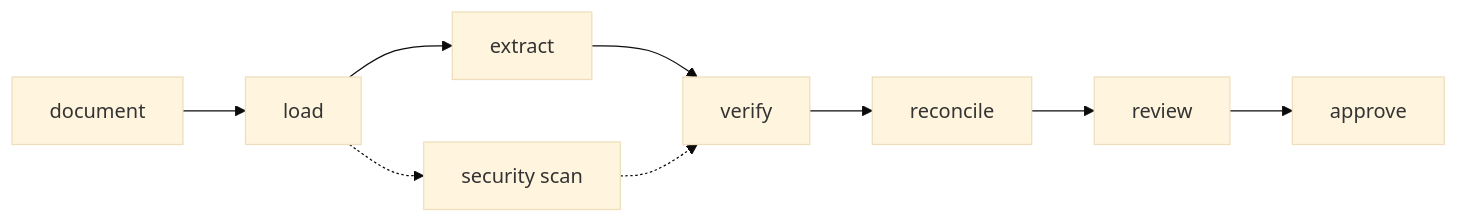
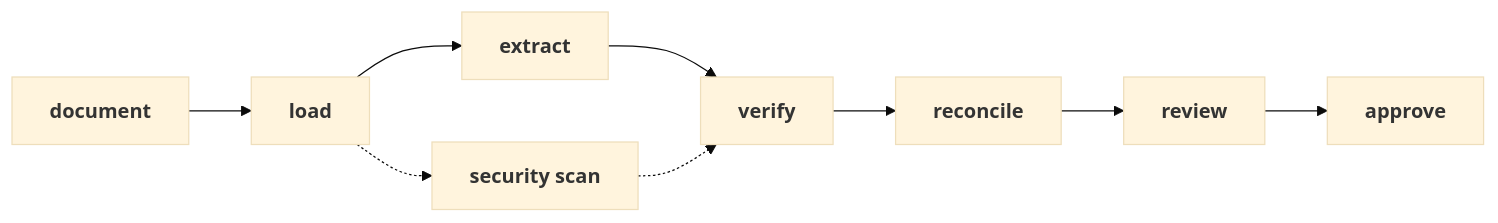
The first of 2 diagrams in docs/how-it-works.md (sean-carmody5/docintel), drawn with Mermaid (base theme) before and after one commit. The commit also changed 3 other files, not shown here.

Commit message:
Diagrams: stage names in bold; write-up notes on model comparison breadth and the second pass

````diff
--- a/docs/how-it-works.md
+++ b/docs/how-it-works.md
@@ -5,11 +5,11 @@
 ```mermaid
 flowchart LR
-  A[document] --> B[load]
-  B --> C[extract]
-  C --> D[verify]
-  D --> E[reconcile]
-  E --> F[review]
-  F --> G[approve]
-  B -.-> S[security scan]
+  A["<b>document</b>"] --> B["<b>load</b>"]
+  B --> C["<b>extract</b>"]
+  C --> D["<b>verify</b>"]
+  D --> E["<b>reconcile</b>"]
+  E --> F["<b>review</b>"]
+  F --> G["<b>approve</b>"]
+  B -.-> S["<b>security scan</b>"]
   S -.-> D
 ```
````
